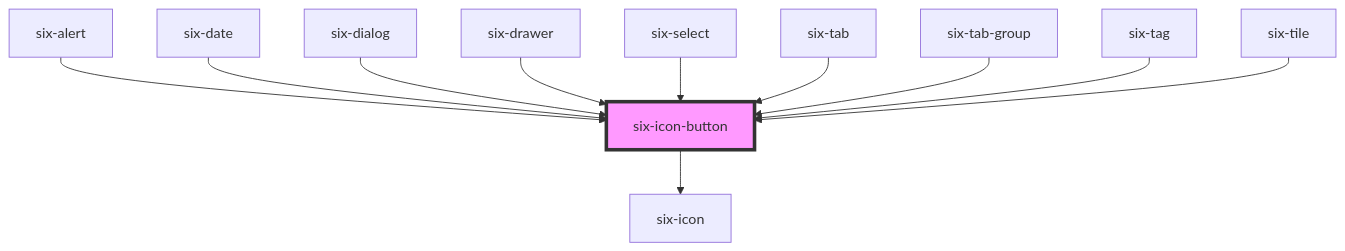
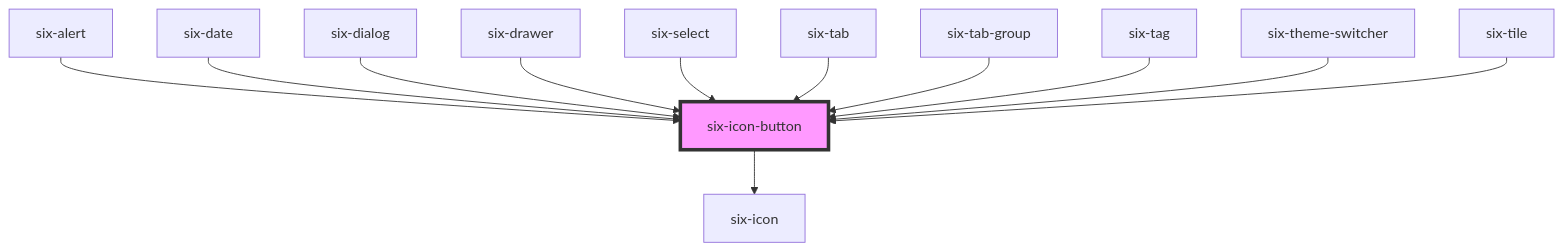
Before and after one commit to six-group/six-webcomponents: the diagram in docs/components/six-icon-button.md, drawn with Mermaid. The commit also changed other lines of this file and 22 other files, not shown here.

Commit message:
implemented six theme switcher (a component used to switch between themes)

````diff
--- a/docs/components/six-icon-button.md
+++ b/docs/components/six-icon-button.md
@@ -211,14 +212,15 @@
 ```mermaid
 graph TD;
   six-icon-button --> six-icon
   six-alert --> six-icon-button
   six-date --> six-icon-button
   six-dialog --> six-icon-button
   six-drawer --> six-icon-button
   six-select --> six-icon-button
   six-tab --> six-icon-button
   six-tab-group --> six-icon-button
   six-tag --> six-icon-button
+  six-theme-switcher --> six-icon-button
   six-tile --> six-icon-button
   style six-icon-button fill:#f9f,stroke:#333,stroke-width:4px
 ```
````
